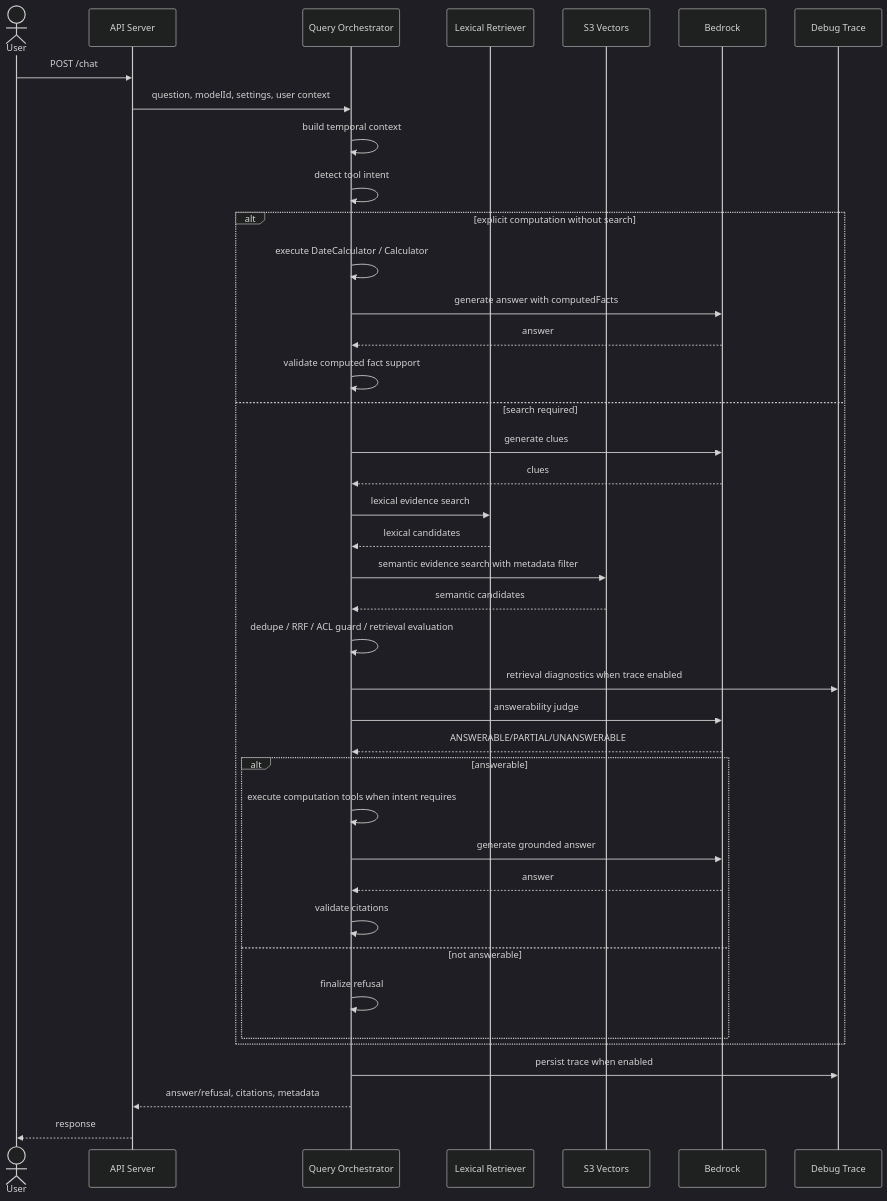
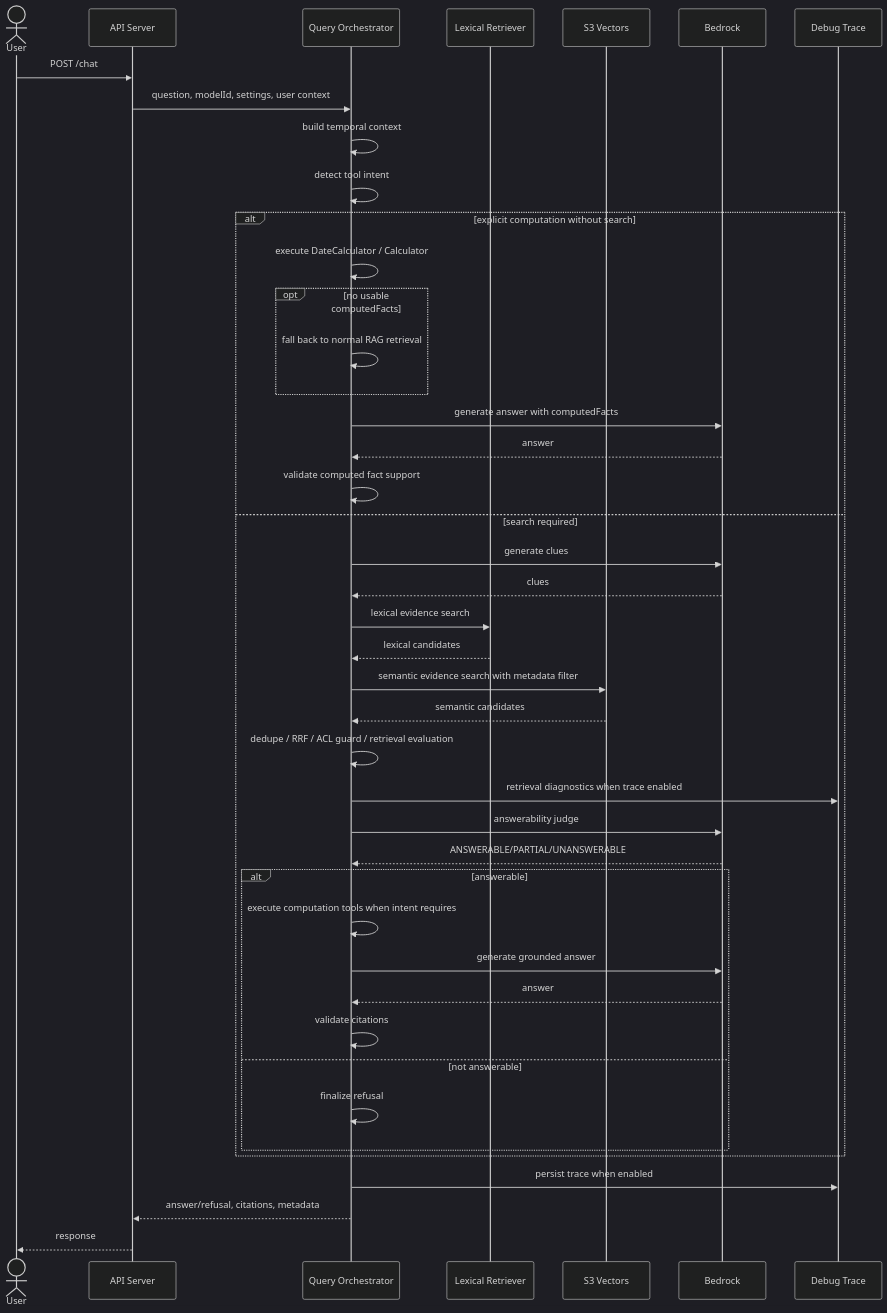
One commit to tsuji-tomonori/rag-assist changed the second of 2 diagrams in memorag-bedrock-mvp/docs/2_アーキテクチャ_ARC/11_ビュー_VIEW/ARC_VIEW_001.md. Above: the diagram before and after it, drawn with Mermaid (dark theme). The commit also changed other lines of this file and 13 other files, not shown here.

````diff
--- a/memorag-bedrock-mvp/docs/2_アーキテクチャ_ARC/11_ビュー_VIEW/ARC_VIEW_001.md
+++ b/memorag-bedrock-mvp/docs/2_アーキテクチャ_ARC/11_ビュー_VIEW/ARC_VIEW_001.md
@@ -111,43 +111,46 @@
 ```mermaid
 sequenceDiagram
   actor U as User
   participant API as API Server
   participant RAG as Query Orchestrator
   participant LX as Lexical Retriever
   participant VS as S3 Vectors
   participant BR as Bedrock
   participant TR as Debug Trace
 
   U->>API: POST /chat
   API->>RAG: question, modelId, settings, user context
   RAG->>RAG: build temporal context
   RAG->>RAG: detect tool intent
   alt explicit computation without search
     RAG->>RAG: execute DateCalculator / Calculator
+    opt no usable computedFacts
+      RAG->>RAG: fall back to normal RAG retrieval
+    end
     RAG->>BR: generate answer with computedFacts
     BR-->>RAG: answer
     RAG->>RAG: validate computed fact support
   else search required
   RAG->>BR: generate clues
   BR-->>RAG: clues
   RAG->>LX: lexical evidence search
   LX-->>RAG: lexical candidates
   RAG->>VS: semantic evidence search with metadata filter
   VS-->>RAG: semantic candidates
   RAG->>RAG: dedupe / RRF / ACL guard / retrieval evaluation
   RAG->>TR: retrieval diagnostics when trace enabled
   RAG->>BR: answerability judge
   BR-->>RAG: ANSWERABLE/PARTIAL/UNANSWERABLE
   alt answerable
     RAG->>RAG: execute computation tools when intent requires
     RAG->>BR: generate grounded answer
     BR-->>RAG: answer
     RAG->>RAG: validate citations
   else not answerable
     RAG->>RAG: finalize refusal
   end
   end
   RAG->>TR: persist trace when enabled
   RAG-->>API: answer/refusal, citations, metadata
   API-->>U: response
 ```
````
